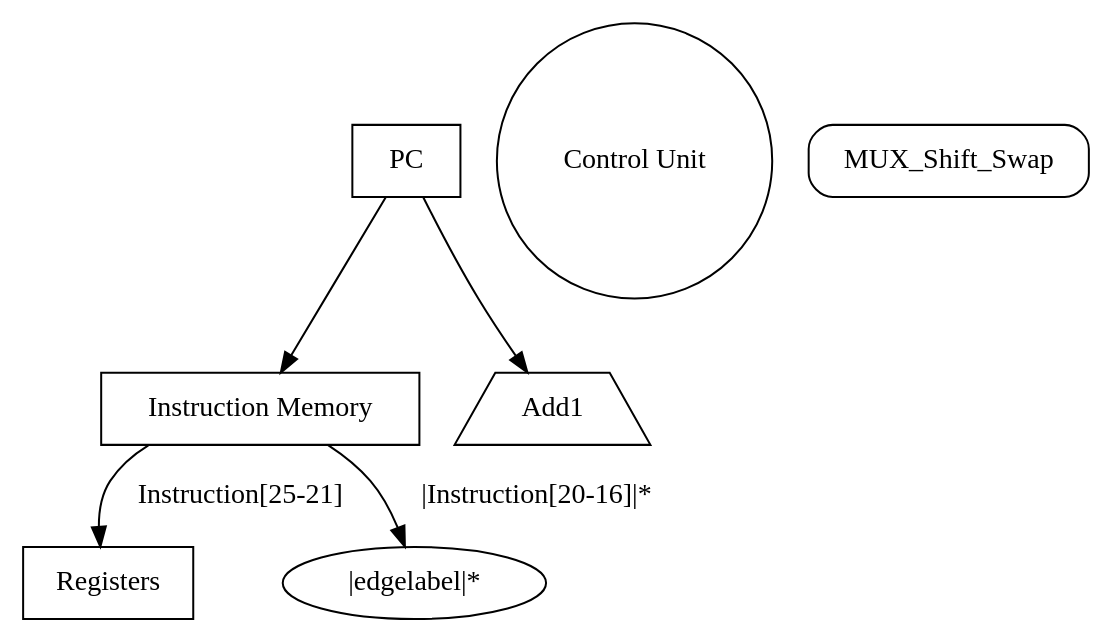
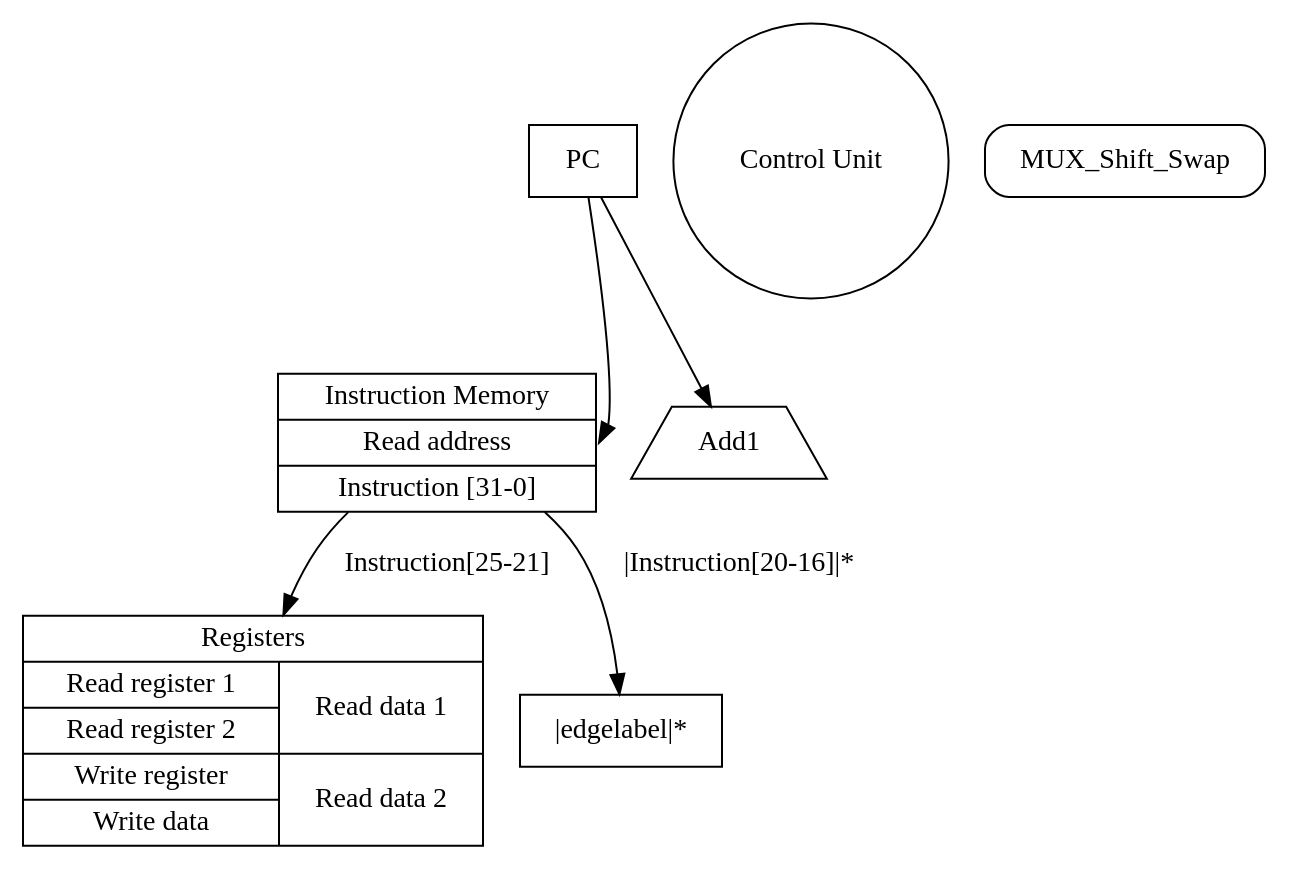
The diagram in 01/graphics/cpu-architecture/cpu-architecture.gv (dmkons/reports), drawn with Graphviz before and after one commit.

Commit message:
figured out how to make nested boxes with labels and whatnot

```diff
--- a/01/graphics/cpu-architecture/cpu-architecture.gv
+++ b/01/graphics/cpu-architecture/cpu-architecture.gv
@@ -1,14 +1,15 @@
-digraph graphname {
-    Registers [shape=box];
-    PC [shape=box];
-    "Instruction Memory" [shape="box"];
-    "Add1" [shape=trapezium];
-    "Control Unit" [shape="circle"];
-    "MUX_Shift_Swap" [shape="Mrecord"];
+    digraph graphname {
+        node [shape=record];
+        PC [shape=box];
+        "Instruction Memory" [label="{<f3>Instruction Memory | <f0> Read address | <f1> Instruction [31-0]}"];
+        "Add1" [shape="trapezium"];
+        "Control Unit" [shape="circle"];
+        "MUX_Shift_Swap" [shape="Mrecord"];
+        "Registers" [label="{ <f0> Registers | {{<f1> Read register 1 | <f2> Read register 2 | <f3> Write register | <f4> Write data } | {<f5> Read data 1 | <f6> Read data 2}} }"];
 
-    PC -> "Instruction Memory";
-    PC -> "Add1";
-    
-    "Instruction Memory" -> Registers [label="Instruction[25-21]"];
-    "Instruction Memory" -> "|edgelabel|*" [label="|Instruction[20-16]|*" label_scheme="1" labelfontcolor="red"]; 
- }
+        PC -> "Instruction Memory":f0;
+        PC -> "Add1";
+        
+        "Instruction Memory" -> Registers [label="Instruction[25-21]"];
+        "Instruction Memory" -> "|edgelabel|*" [label="|Instruction[20-16]|*" label_scheme="1" labelfontcolor="red"]; 
+     }
```
